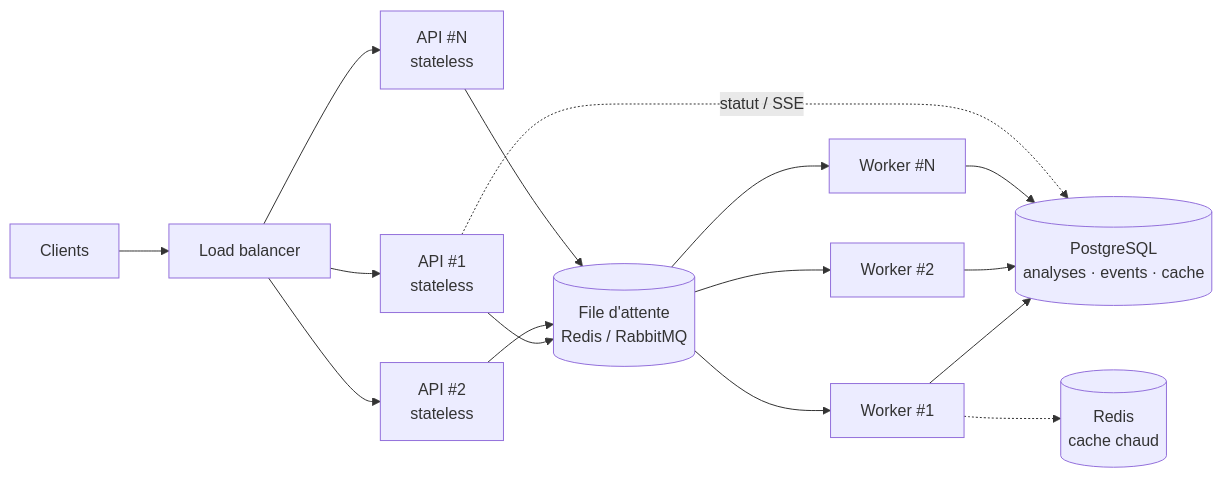
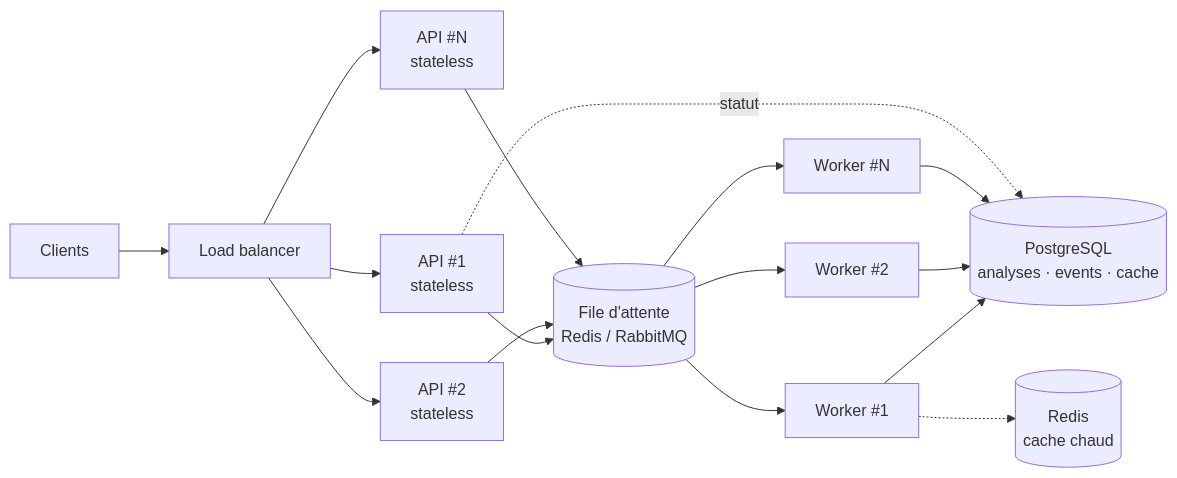
The second of 2 diagrams in README.md (NicoHirab/market-analysis-agent), drawn with Mermaid before and after one commit. The commit also changed other lines of this file and 12 other files, not shown here.

````diff
--- a/README.md
+++ b/README.md
@@ -299,18 +291,18 @@
 ```mermaid
 flowchart LR
     CLIENTS["Clients"] --> LB["Load balancer"]
     LB --> API1["API #1<br/>stateless"]
     LB --> API2["API #2<br/>stateless"]
     LB --> APIN["API #N<br/>stateless"]
     API1 --> QUEUE[("File d'attente<br/>Redis / RabbitMQ")]
     API2 --> QUEUE
     APIN --> QUEUE
     QUEUE --> W1["Worker #1"]
     QUEUE --> W2["Worker #2"]
     QUEUE --> WN["Worker #N"]
     W1 --> PG[("PostgreSQL<br/>analyses · events · cache")]
     W2 --> PG
     WN --> PG
     W1 -.-> REDISCACHE[("Redis<br/>cache chaud")]
-    API1 -.->|"statut / SSE"| PG
+    API1 -.->|"statut"| PG
 ```
````
